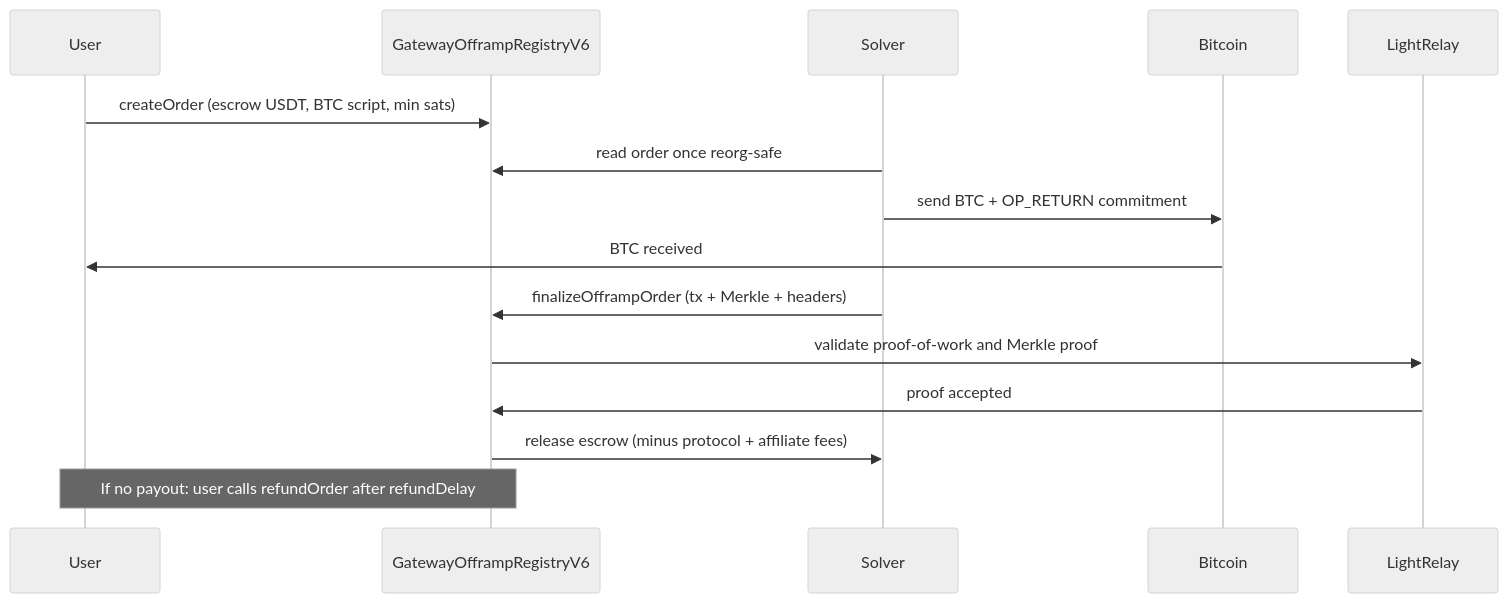
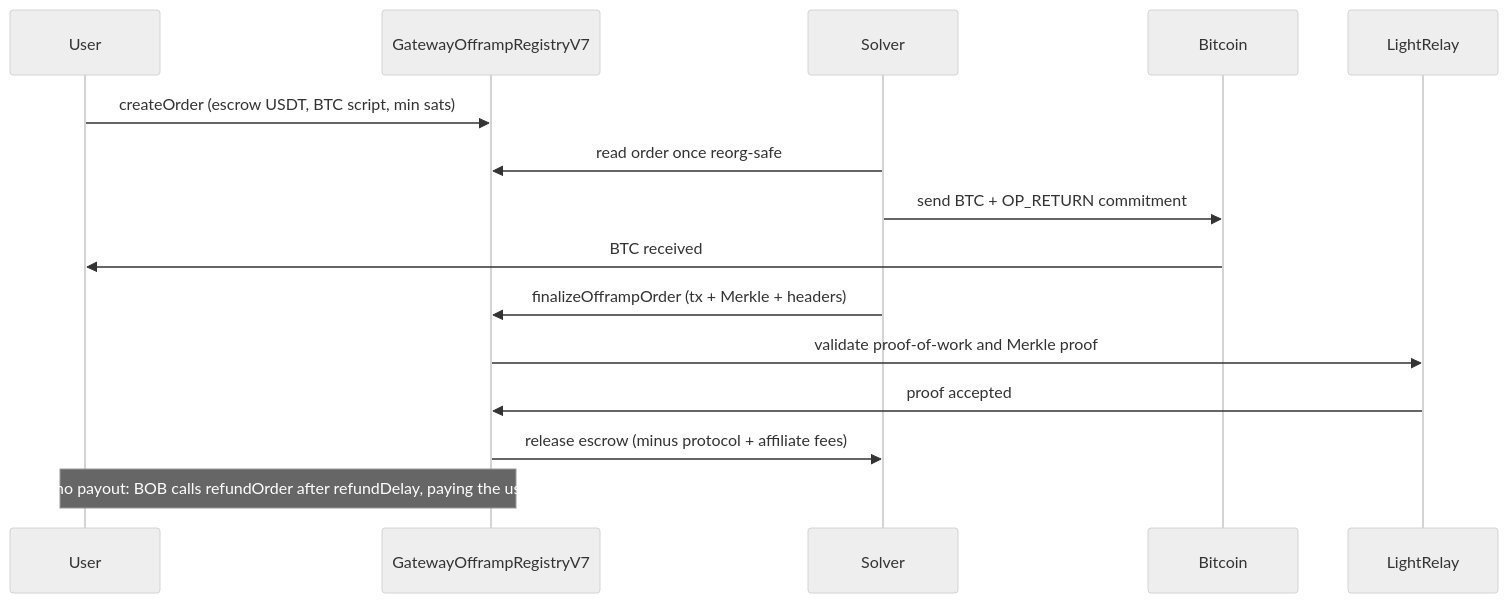
The second of 2 diagrams in gateway-docs/content/docs/gateway/technical.mdx (bob-collective/bob), drawn with Mermaid (neutral theme) before and after one commit. The commit also changed other lines of this file and 4 other files, not shown here.

First line of the commit message:
docs(gateway): refunds are operator-settled, not user-callable

````diff
--- a/gateway-docs/content/docs/gateway/technical.mdx
+++ b/gateway-docs/content/docs/gateway/technical.mdx
@@ -144,18 +153,18 @@
 ```mermaid
 sequenceDiagram
     participant User
-    participant Registry as GatewayOfframpRegistryV6
+    participant Registry as GatewayOfframpRegistryV7
     participant Solver
     participant Bitcoin
     participant LightRelay
 
     User->>Registry: createOrder (escrow USDT, BTC script, min sats)
     Solver->>Registry: read order once reorg-safe
     Solver->>Bitcoin: send BTC + OP_RETURN commitment
     Bitcoin->>User: BTC received
     Solver->>Registry: finalizeOfframpOrder (tx + Merkle + headers)
     Registry->>LightRelay: validate proof-of-work and Merkle proof
     LightRelay->>Registry: proof accepted
     Registry->>Solver: release escrow (minus protocol + affiliate fees)
-    Note over User,Registry: If no payout: user calls refundOrder after refundDelay
+    Note over User,Registry: If no payout: BOB calls refundOrder after refundDelay, paying the user
 ```
````
